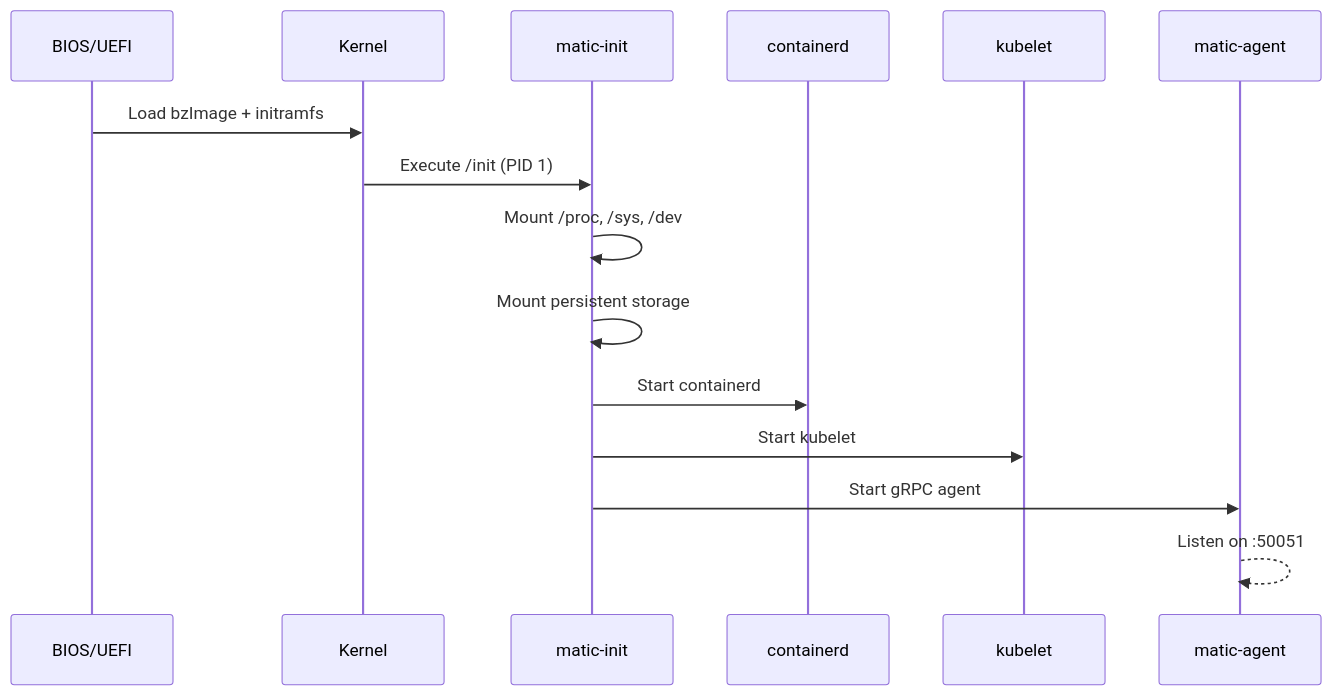
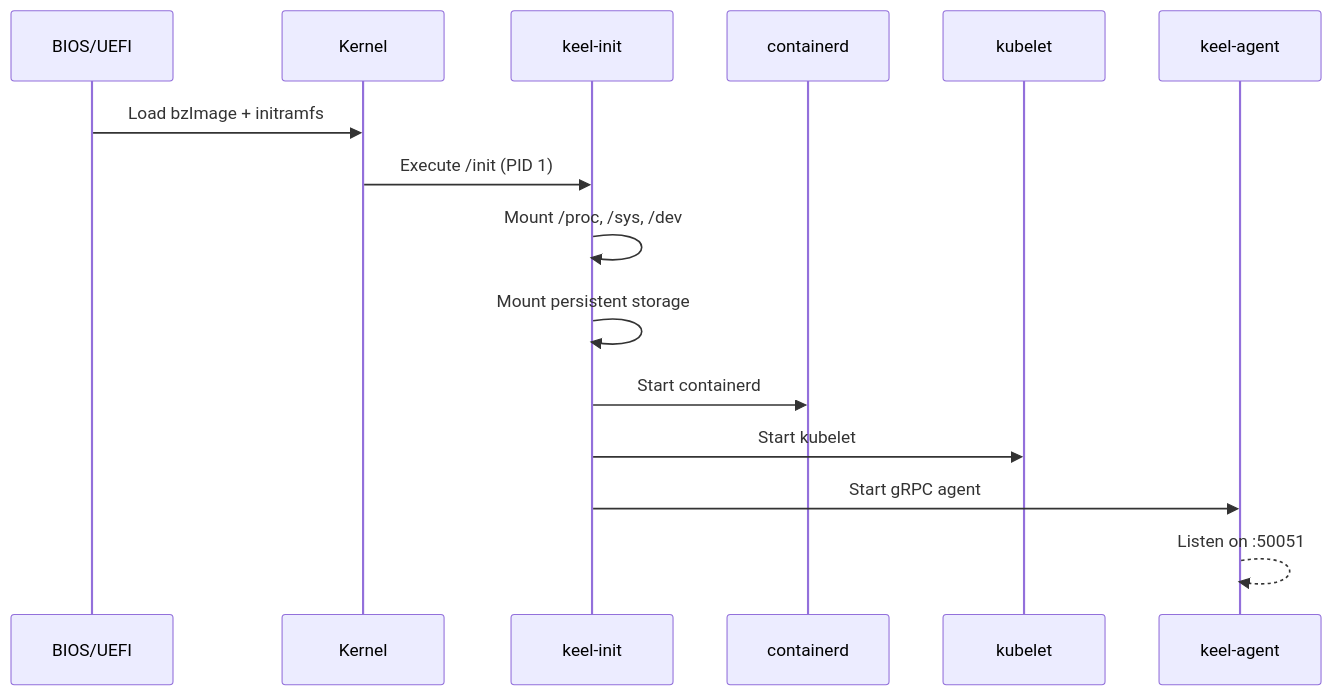
Before and after one commit to scheeles/keelos: the diagram in docs/architecture.md, drawn with Mermaid. The commit also changed other lines of this file and 54 other files, not shown here.

````diff
--- a/docs/architecture.md
+++ b/docs/architecture.md
@@ -14,18 +14,18 @@
 ```mermaid
 sequenceDiagram
     participant BIOS/UEFI
     participant Kernel
-    participant matic-init
+    participant keel-init
     participant containerd
     participant kubelet
-    participant matic-agent
+    participant keel-agent
 
     BIOS/UEFI->>Kernel: Load bzImage + initramfs
-    Kernel->>matic-init: Execute /init (PID 1)
-    matic-init->>matic-init: Mount /proc, /sys, /dev
-    matic-init->>matic-init: Mount persistent storage
-    matic-init->>containerd: Start containerd
-    matic-init->>kubelet: Start kubelet
-    matic-init->>matic-agent: Start gRPC agent
-    matic-agent-->>matic-agent: Listen on :50051
+    Kernel->>keel-init: Execute /init (PID 1)
+    keel-init->>keel-init: Mount /proc, /sys, /dev
+    keel-init->>keel-init: Mount persistent storage
+    keel-init->>containerd: Start containerd
+    keel-init->>kubelet: Start kubelet
+    keel-init->>keel-agent: Start gRPC agent
+    keel-agent-->>keel-agent: Listen on :50051
 ```
````
